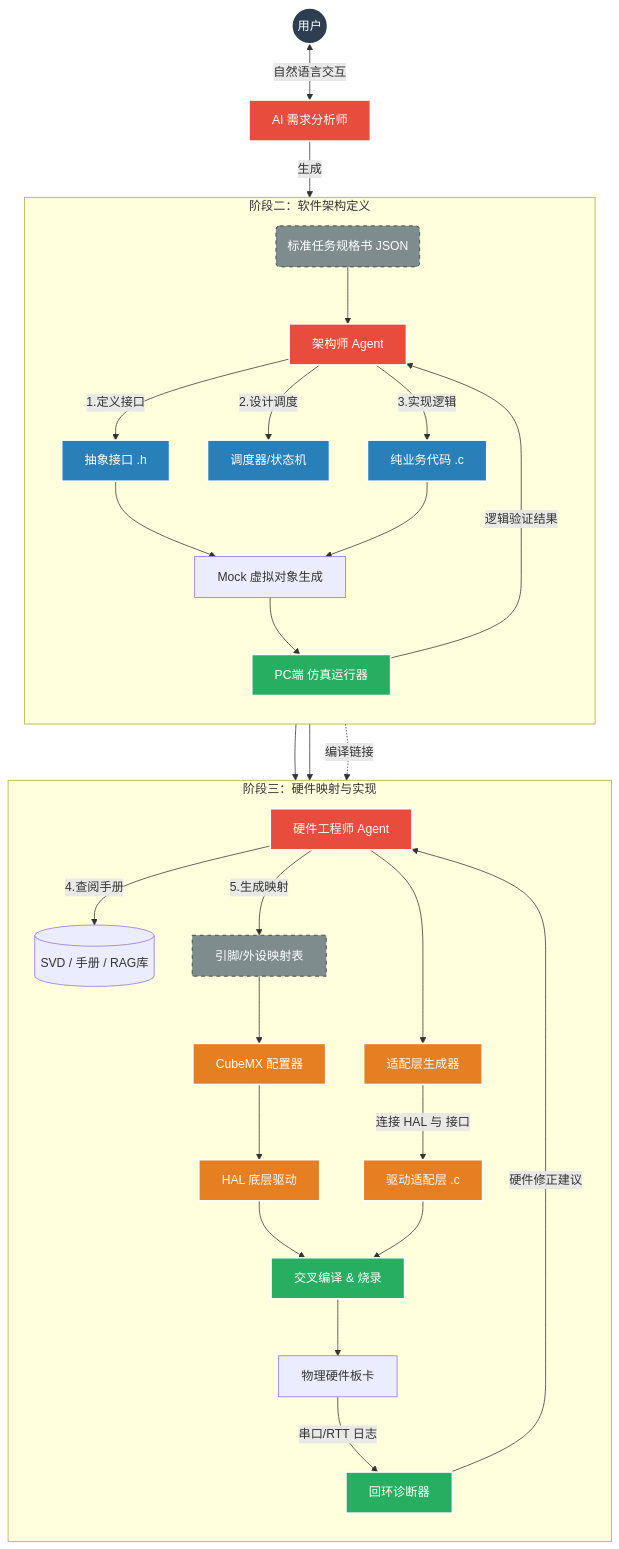
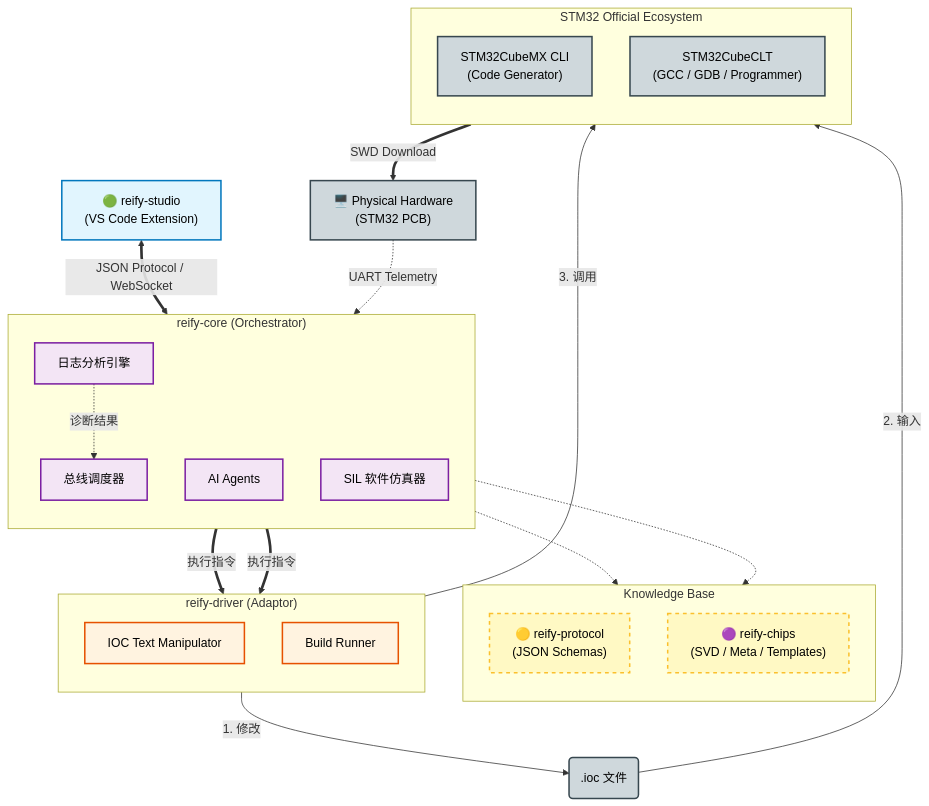
The first of 2 diagrams in profile/README.md (ReifyFlow/.github), drawn with Mermaid before and after one commit. The commit also changed other lines of this file, not shown here.

````diff
--- a/profile/README.md
+++ b/profile/README.md
@@ -33,56 +32,69 @@
 ```mermaid
 graph TD
-    %% ================= 样式定义 =================
-    classDef user fill:#2c3e50,stroke:#fff,stroke-width:2px,color:#fff;
-    classDef brain fill:#e74c3c,stroke:#fff,stroke-width:2px,color:#fff;
-    classDef soft fill:#2980b9,stroke:#fff,stroke-width:2px,color:#fff;
-    classDef hard fill:#e67e22,stroke:#fff,stroke-width:2px,color:#fff;
-    classDef test fill:#27ae60,stroke:#fff,stroke-width:2px,color:#fff;
-    classDef data fill:#7f8c8d,stroke:#333,stroke-width:1px,stroke-dasharray: 5 5,color:#fff;
+    %% ================== 样式定义 ==================
+    classDef ui fill:#e1f5fe,stroke:#0277bd,stroke-width:2px,color:#000;
+    classDef brain fill:#f3e5f5,stroke:#7b1fa2,stroke-width:2px,color:#000;
+    classDef data fill:#fff9c4,stroke:#fbc02d,stroke-width:2px,stroke-dasharray: 5 5,color:#000;
+    classDef tool fill:#fff3e0,stroke:#e65100,stroke-width:2px,color:#000;
+    classDef ext fill:#cfd8dc,stroke:#37474f,stroke-width:2px,color:#000;
 
-    %% ================= 1. 需求标准化阶段 =================
-    User((用户)):::user <-->|自然语言交互| Analyst[AI 需求分析师]:::brain
-    Analyst -->|生成| Task_Spec(标准任务规格书 JSON):::data
+    %% ================== 1. 前端交互层 ==================
+    UI["🟢 reify-studio<br>(VS Code Extension)"]:::ui
 
-    %% ================= 2. 软件架构域 (Software Domain) =================
-    %% 这一层只关注逻辑，不关注具体芯片
-    subgraph Phase_Software [阶段二：软件架构定义]
+    %% ================== 2. 核心编排层 (Backend) ==================
+    %% 修复：标题使用双引号包裹
+    subgraph Core_Layer ["reify-core (Orchestrator)"]
         direction TB
-        Task_Spec --> Arch_Agent[架构师 Agent]:::brain
-        
-        Arch_Agent -->|1.定义接口| Interfaces[抽象接口 .h]:::soft
-        Arch_Agent -->|2.设计调度| Scheduler[调度器/状态机]:::soft
-        Arch_Agent -->|3.实现逻辑| Biz_Logic[纯业务代码 .c]:::soft
-        
-        %% SIL 软件回环
-        Interfaces & Biz_Logic --> Mock_Gen[Mock 虚拟对象生成]
-        Mock_Gen --> SIL_Runner[PC端 仿真运行器]:::test
-        SIL_Runner -->|逻辑验证结果| Arch_Agent
+        Orchestrator[总线调度器]:::brain
+        Agents[AI Agents]:::brain
+        SIL_Runner[SIL 软件仿真器]:::brain
+        Log_Engine[日志分析引擎]:::brain
     end
 
-    %% ================= 3. 硬件实现域 (Hardware Domain) =================
-    %% 这一层负责将逻辑落地到具体芯片
-    subgraph Phase_Hardware [阶段三：硬件映射与实现]
+    %% 连接 UI 与 Core
+    UI <==>|JSON Protocol / WebSocket| Orchestrator
+
+    %% ================== 3. 数据与协议层 ==================
+    subgraph Data_Layer ["Knowledge Base"]
         direction TB
-        HW_Agent[硬件工程师 Agent]:::brain
-        Task_Spec & Interfaces --> HW_Agent
-        
-        HW_Agent -->|4.查阅手册| KB[(SVD / 手册 / RAG库)]
-        HW_Agent -->|5.生成映射| Pin_Map[引脚/外设映射表]:::data
-        
-        Pin_Map --> CubeMX[CubeMX 配置器]:::hard
-        CubeMX --> HAL[HAL 底层驱动]:::hard
-        
-        HW_Agent --> Adapter_Gen[适配层生成器]:::hard
-        Adapter_Gen -->|连接 HAL 与 接口| Adapter[驱动适配层 .c]:::hard
-        
-        %% HIL 硬件回环
-        HAL & Adapter --> Builder[交叉编译 & 烧录]:::test
-        Builder --> Board[物理硬件板卡]
-        Board -->|串口/RTT 日志| Log_Analyzer[回环诊断器]:::test
-        Log_Analyzer -->|硬件修正建议| HW_Agent
+        Protocol["🟡 reify-protocol<br>(JSON Schemas)"]:::data
+        Chips["🟣 reify-chips<br>(SVD / Meta / Templates)"]:::data
     end
 
-    %% 跨域连接：业务逻辑与构建工具的连接
-    Biz_Logic -.->|编译链接| Builder
+    %% Core 读取数据
+    Orchestrator -.-> Protocol
+    Orchestrator -.-> Chips
+
+    %% ================== 4. 驱动适配层 ==================
+    subgraph Driver_Layer ["reify-driver (Adaptor)"]
+        direction TB
+        IOC_Handler[IOC Text Manipulator]:::tool
+        Build_Runner[Build Runner]:::tool
+    end
+
+    %% Core 指挥 Driver
+    Orchestrator ==>|执行指令| IOC_Handler
+    Orchestrator ==>|执行指令| Build_Runner
+
+    %% ================== 5. 外部工具链 (Vendor Tools) ==================
+    subgraph Vendor_Tools ["STM32 Official Ecosystem"]
+        direction TB
+        CubeMX["STM32CubeMX CLI<br>(Code Generator)"]:::ext
+        CubeCLT["STM32CubeCLT<br>(GCC / GDB / Programmer)"]:::ext
+    end
+
+    %% Driver 调用外部工具
+    IOC_Handler -->|1. 修改| IOC_File(.ioc 文件):::ext
+    IOC_File -->|2. 输入| CubeMX
+    
+    Build_Runner -->|3. 调用| CubeCLT
+
+    %% ================== 6. 物理硬件回环 ==================
+    Hardware["🖥️ Physical Hardware<br>(STM32 PCB)"]:::ext
+    
+    CubeCLT ==>|SWD Download| Hardware
+    Hardware -.->|UART Telemetry| Log_Engine
+
+    %% 这里的闭环：日志回到 Core 进行分析
+    Log_Engine -.->|诊断结果| Orchestrator
 ```
````
